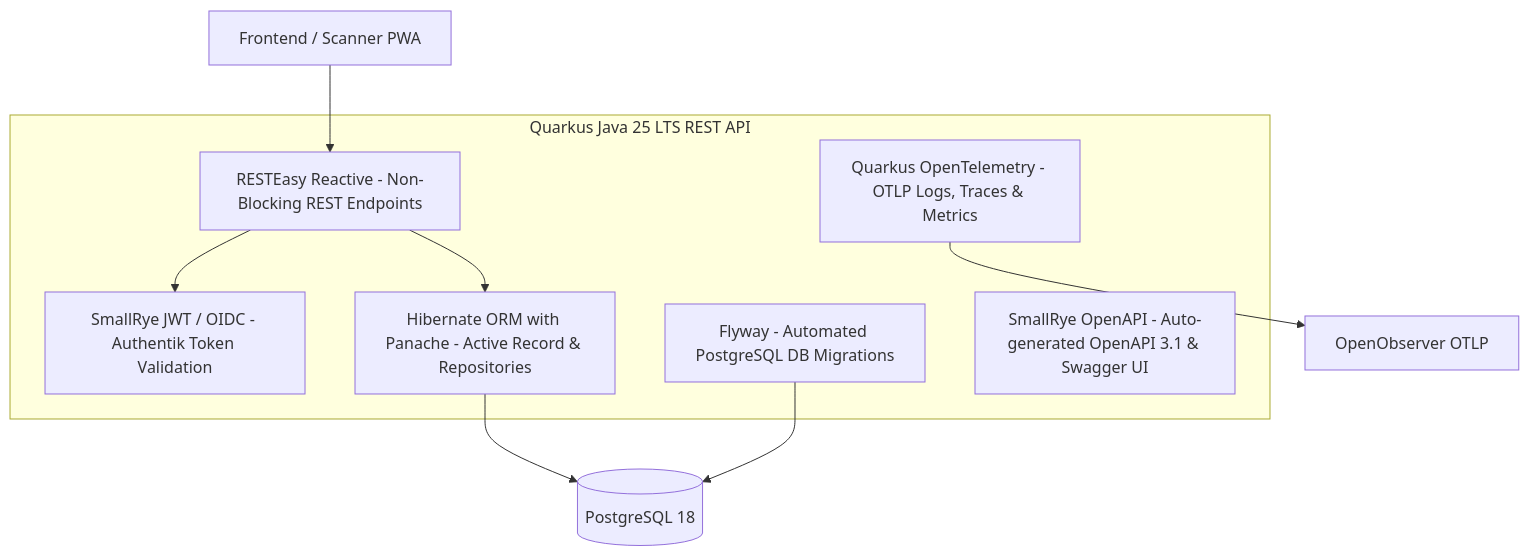
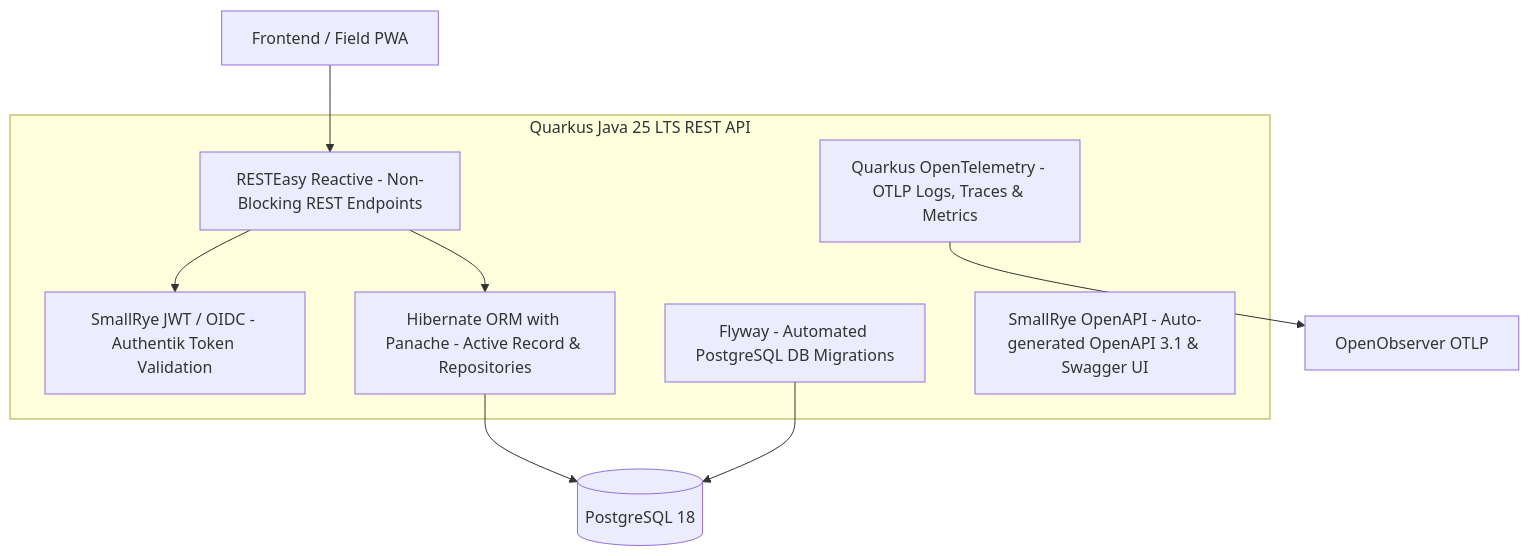
Before and after one commit to Voxel07/inventory: the second of 5 diagrams in REQUIREMENTS_ARCHITECTURE.md, drawn with Mermaid. The commit also changed other lines of this file and 2 other files, not shown here.

````diff
--- a/REQUIREMENTS_ARCHITECTURE.md
+++ b/REQUIREMENTS_ARCHITECTURE.md
@@ -235,18 +235,18 @@
 ```mermaid
 flowchart TD
     subgraph QuarkusApp [Quarkus Java 25 LTS REST API]
         R[RESTEasy Reactive - Non-Blocking REST Endpoints]
         OIDC[SmallRye JWT / OIDC - Authentik Token Validation]
         ORM[Hibernate ORM with Panache - Active Record & Repositories]
         FLY[Flyway - Automated PostgreSQL DB Migrations]
         OTEL[Quarkus OpenTelemetry - OTLP Logs, Traces & Metrics]
         OPENAPI[SmallRye OpenAPI - Auto-generated OpenAPI 3.1 & Swagger UI]
     end
 
-    Client[Frontend / Scanner PWA] --> R
+    Client[Frontend / Field PWA] --> R
     R --> OIDC
     R --> ORM
     ORM --> DB[(PostgreSQL 18)]
     FLY --> DB
     OTEL --> OO[OpenObserver OTLP]
 ```
````
